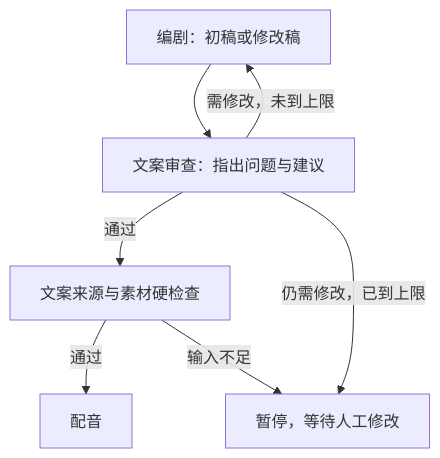
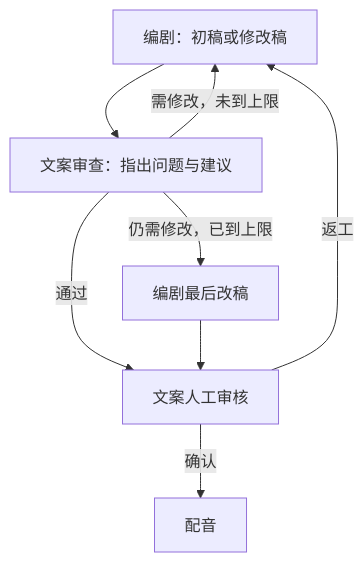
Before and after one commit to 70pice/remotion_video: the diagram in docs/videoagents-script-discussion.md, drawn with Mermaid. The commit also changed other lines of this file and 68 other files, not shown here.

````diff
--- a/docs/videoagents-script-discussion.md
+++ b/docs/videoagents-script-discussion.md
@@ -13,9 +13,10 @@
 ```mermaid
 flowchart TD
     W[编剧：初稿或修改稿] --> R[文案审查：指出问题与建议]
-    R -->|通过| G[文案来源与素材硬检查]
+    R -->|通过| H[文案人工审核]
     R -->|需修改，未到上限| W
-    R -->|仍需修改，已到上限| I[暂停，等待人工修改]
-    G -->|通过| V[配音]
-    G -->|输入不足| I
+    R -->|仍需修改，已到上限| F[编剧最后改稿]
+    F --> H
+    H -->|确认| V[配音]
+    H -->|返工| W
 ```
````
